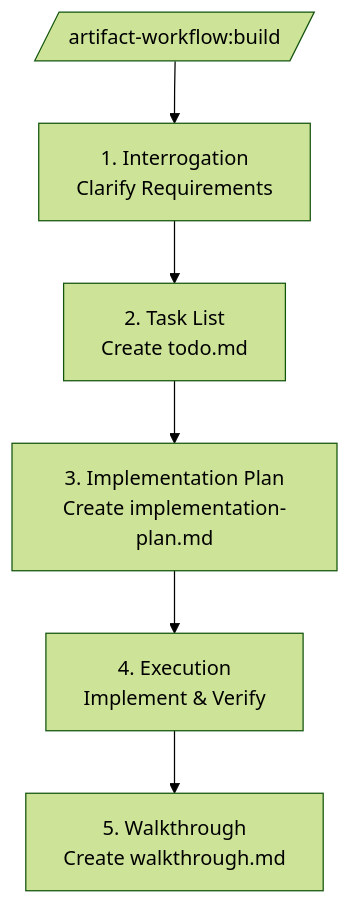
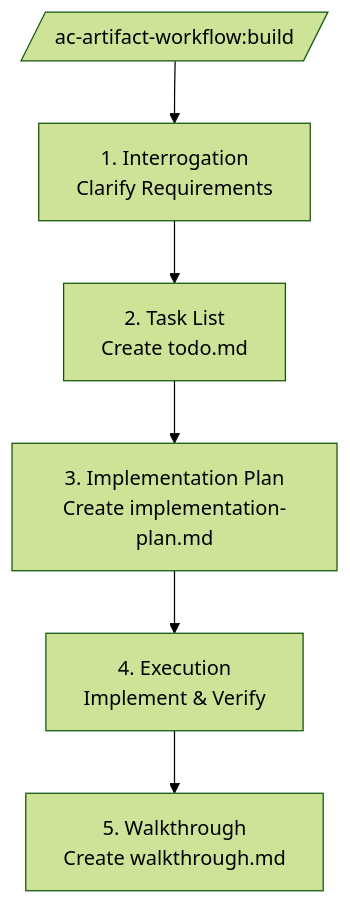
One commit to AlteredCraft/claude-code-feature-build-plugin changed the diagram in plugins/artifact-workflow/README.md. Above: the diagram before and after it, drawn with Mermaid (forest theme). The commit also changed other lines of this file and 13 other files, not shown here.

````diff
--- a/plugins/artifact-workflow/README.md
+++ b/plugins/artifact-workflow/README.md
@@ -9,8 +9,8 @@
 ```mermaid
 graph TD
-    Start[/artifact-workflow:build/] --> Interrogation[1. Interrogation<br/>Clarify Requirements]
+    Start[/ac-artifact-workflow:build/] --> Interrogation[1. Interrogation<br/>Clarify Requirements]
     Interrogation --> TaskList[2. Task List<br/>Create todo.md]
     TaskList --> Plan[3. Implementation Plan<br/>Create implementation-plan.md]
     Plan --> Execution[4. Execution<br/>Implement & Verify]
     Execution --> Walkthrough[5. Walkthrough<br/>Create walkthrough.md]
 ```
````
